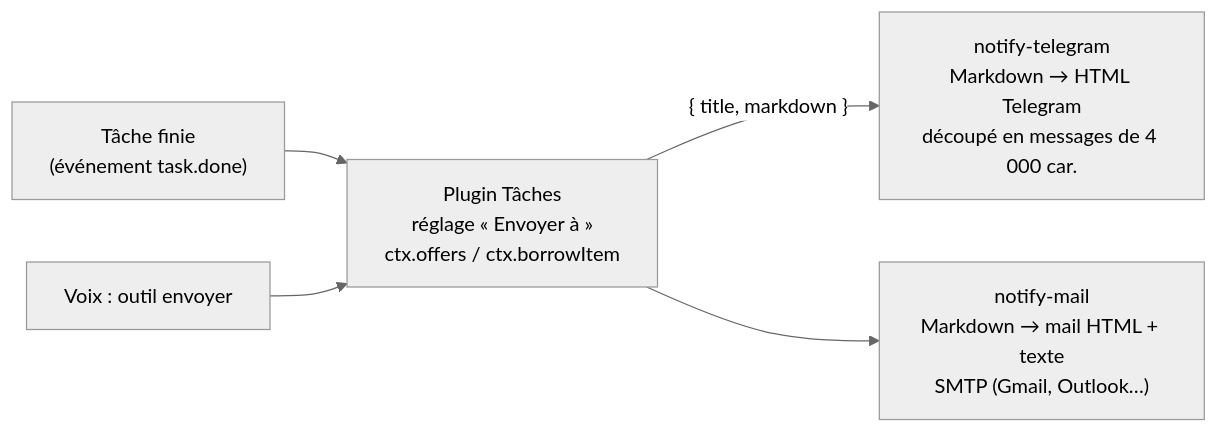
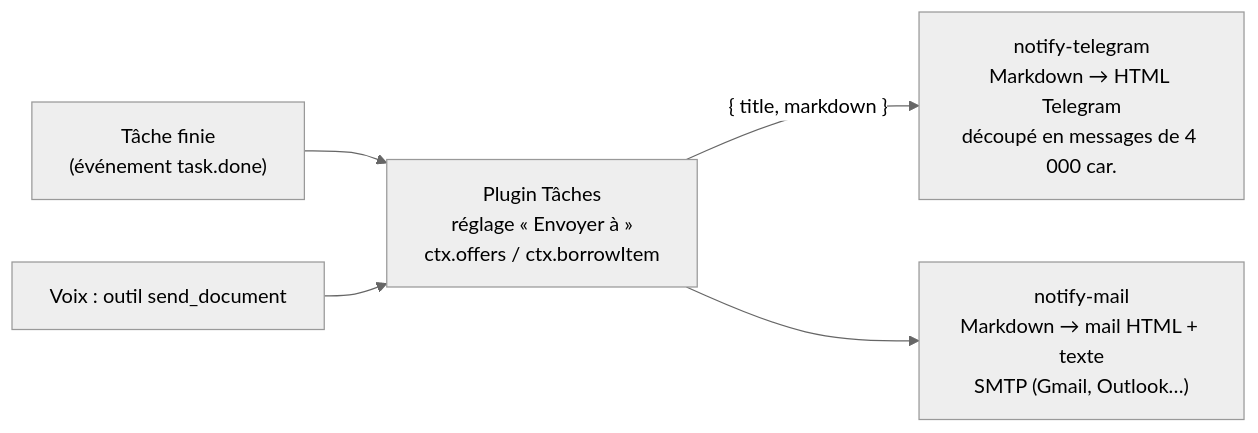
Before and after one commit to gleborgne/floppy: the diagram in docs/spec/notifications.md, drawn with Mermaid (neutral theme). The commit also changed other lines of this file and 169 other files, not shown here.

````diff
--- a/docs/spec/notifications.md
+++ b/docs/spec/notifications.md
@@ -15,7 +15,7 @@
 ```mermaid
 flowchart LR
   T["Tâche finie<br/>(événement task.done)"] --> R
-  V["Voix : outil envoyer"] --> R
+  V["Voix : outil send_document"] --> R
   R["Plugin Tâches<br/>réglage « Envoyer à »<br/>ctx.offers / ctx.borrowItem"] -- "{ title, markdown }" --> TG["notify-telegram<br/>Markdown → HTML Telegram<br/>découpé en messages de 4 000 car."]
   R --> M["notify-mail<br/>Markdown → mail HTML + texte<br/>SMTP (Gmail, Outlook…)"]
 ```
````
